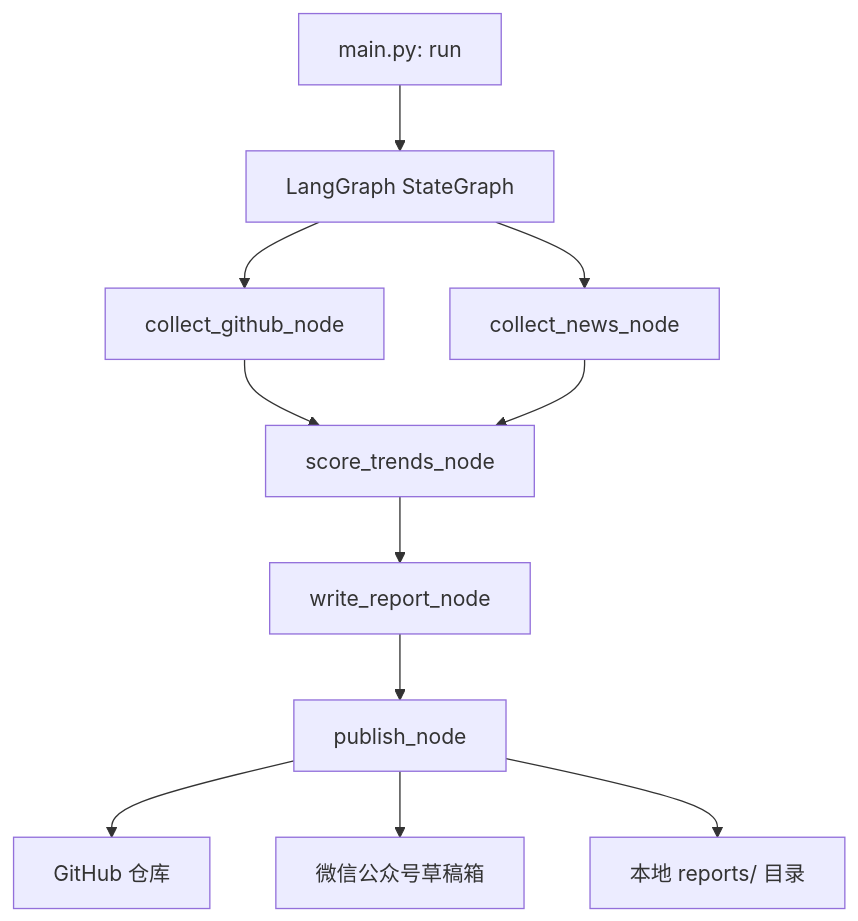
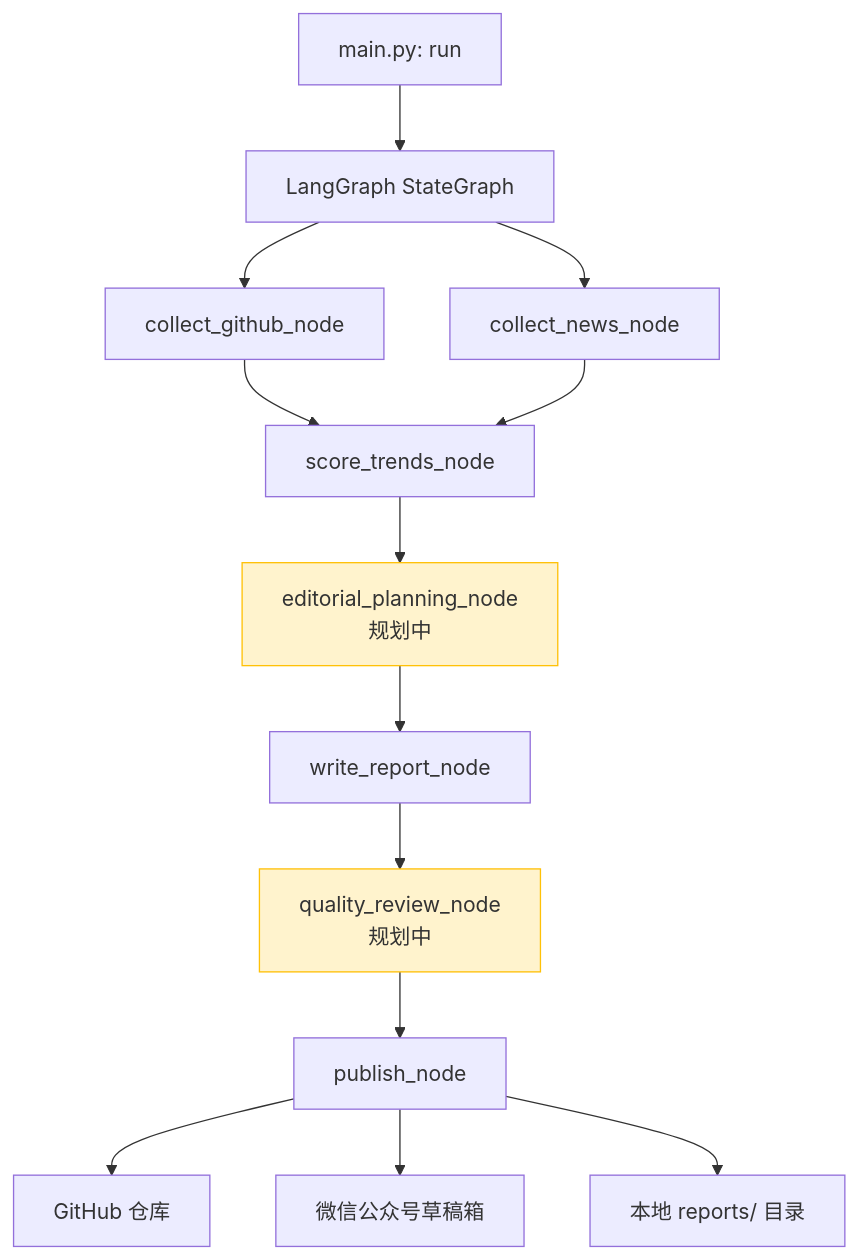
Before and after one commit to qwzhang01/ai_trending: the first of 6 diagrams in doc/ai-trending-requirements.md, drawn with Mermaid. The commit also changed other lines of this file and 40 other files, not shown here.

````diff
--- a/doc/ai-trending-requirements.md
+++ b/doc/ai-trending-requirements.md
@@ -59,13 +66,18 @@
 ```mermaid
 graph TD
     A[main.py: run] --> B[LangGraph StateGraph]
     B --> C[collect_github_node]
     B --> D[collect_news_node]
     C --> E[score_trends_node]
     D --> E
-    E --> F[write_report_node]
-    F --> G[publish_node]
+    E --> EP[editorial_planning_node<br>规划中]
+    EP --> F[write_report_node]
+    F --> QR[quality_review_node<br>规划中]
+    QR --> G[publish_node]
     G --> H[GitHub 仓库]
     G --> I[微信公众号草稿箱]
     G --> J[本地 reports/ 目录]
+    
+    style EP fill:#fff3cd,stroke:#ffc107
+    style QR fill:#fff3cd,stroke:#ffc107
 ```
````
